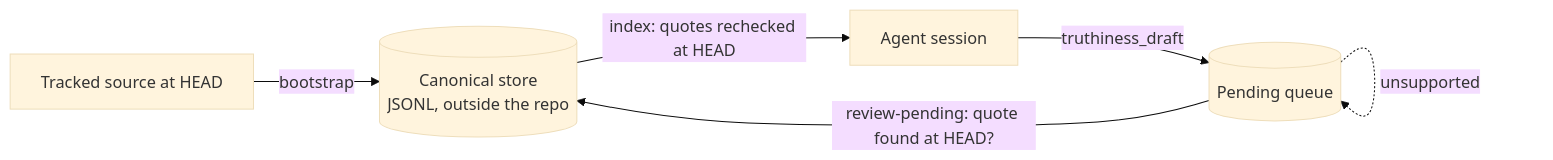
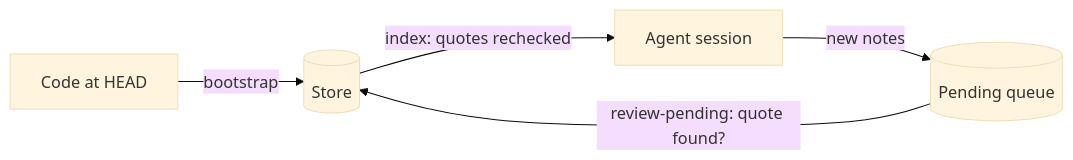
One commit to alchimestre/truthiness changed the diagram in README.md. Above: the diagram before and after it, drawn with Mermaid (base theme). The commit also changed other lines of this file, not shown here.

First line of the commit message:
docs: rewrite README for any agent, add MIT licence

````diff
--- a/README.md
+++ b/README.md
@@ -7,8 +33,7 @@
 ```mermaid
 flowchart LR
-    src[Tracked source at HEAD] -->|bootstrap| store[(Canonical store<br/>JSONL, outside the repo)]
-    store -->|index: quotes rechecked at HEAD| agent[Agent session]
-    agent -->|truthiness_draft| pending[(Pending queue)]
-    pending -->|review-pending: quote found at HEAD?| store
-    pending -.->|unsupported| pending
+    src[Code at HEAD] -->|bootstrap| store[(Store)]
+    store -->|index: quotes rechecked| agent[Agent session]
+    agent -->|new notes| pending[(Pending queue)]
+    pending -->|review-pending: quote found?| store
 ```
````
